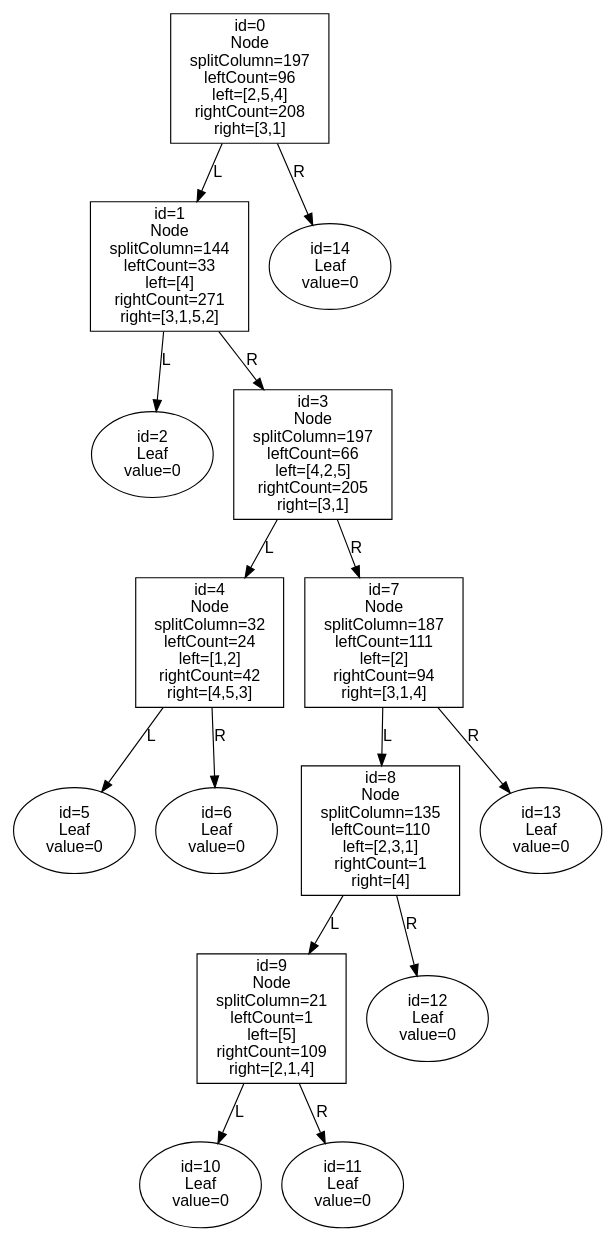
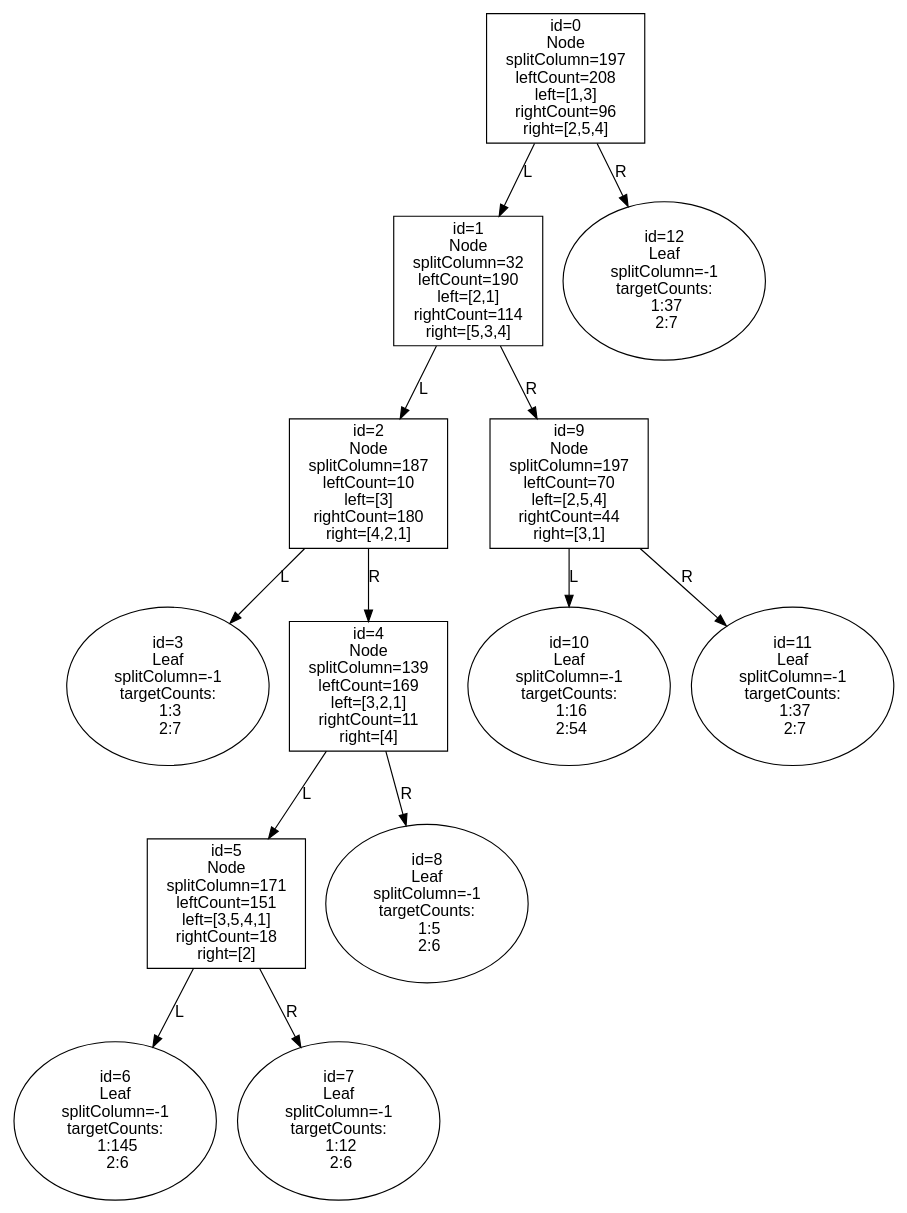
The diagram in modelbuilder_tree.dot (nathanjrussell/ModelBuilder), drawn with Graphviz before and after one commit. The commit also changed 7 other files, not shown here.

Commit message:
added leaf data for counts

```diff
--- a/modelbuilder_tree.dot
+++ b/modelbuilder_tree.dot
@@ -1,34 +1,30 @@
 digraph LeftTree {
   rankdir=TB;
   node [shape=box, fontname="Helvetica"];
   edge [fontname="Helvetica"];
-  n0 [shape=box, label="id=0\nNode\nsplitColumn=197\nleftCount=96\nleft=[2,5,4]\nrightCount=208\nright=[3,1]"];
-  n1 [shape=box, label="id=1\nNode\nsplitColumn=144\nleftCount=33\nleft=[4]\nrightCount=271\nright=[3,1,5,2]"];
-  n2 [shape=ellipse, label="id=2\nLeaf\nvalue=0"];
-  n3 [shape=box, label="id=3\nNode\nsplitColumn=197\nleftCount=66\nleft=[4,2,5]\nrightCount=205\nright=[3,1]"];
-  n4 [shape=box, label="id=4\nNode\nsplitColumn=32\nleftCount=24\nleft=[1,2]\nrightCount=42\nright=[4,5,3]"];
-  n5 [shape=ellipse, label="id=5\nLeaf\nvalue=0"];
-  n6 [shape=ellipse, label="id=6\nLeaf\nvalue=0"];
-  n7 [shape=box, label="id=7\nNode\nsplitColumn=187\nleftCount=111\nleft=[2]\nrightCount=94\nright=[3,1,4]"];
-  n8 [shape=box, label="id=8\nNode\nsplitColumn=135\nleftCount=110\nleft=[2,3,1]\nrightCount=1\nright=[4]"];
-  n9 [shape=box, label="id=9\nNode\nsplitColumn=21\nleftCount=1\nleft=[5]\nrightCount=109\nright=[2,1,4]"];
-  n10 [shape=ellipse, label="id=10\nLeaf\nvalue=0"];
-  n11 [shape=ellipse, label="id=11\nLeaf\nvalue=0"];
-  n12 [shape=ellipse, label="id=12\nLeaf\nvalue=0"];
-  n13 [shape=ellipse, label="id=13\nLeaf\nvalue=0"];
-  n14 [shape=ellipse, label="id=14\nLeaf\nvalue=0"];
+  n0 [shape=box, label="id=0\nNode\nsplitColumn=197\nleftCount=208\nleft=[1,3]\nrightCount=96\nright=[2,5,4]"];
+  n1 [shape=box, label="id=1\nNode\nsplitColumn=32\nleftCount=190\nleft=[2,1]\nrightCount=114\nright=[5,3,4]"];
+  n2 [shape=box, label="id=2\nNode\nsplitColumn=187\nleftCount=10\nleft=[3]\nrightCount=180\nright=[4,2,1]"];
+  n3 [shape=ellipse, label="id=3\nLeaf\nsplitColumn=-1\ntargetCounts:\n  1:3\n  2:7"];
+  n4 [shape=box, label="id=4\nNode\nsplitColumn=139\nleftCount=169\nleft=[3,2,1]\nrightCount=11\nright=[4]"];
+  n5 [shape=box, label="id=5\nNode\nsplitColumn=171\nleftCount=151\nleft=[3,5,4,1]\nrightCount=18\nright=[2]"];
+  n6 [shape=ellipse, label="id=6\nLeaf\nsplitColumn=-1\ntargetCounts:\n  1:145\n  2:6"];
+  n7 [shape=ellipse, label="id=7\nLeaf\nsplitColumn=-1\ntargetCounts:\n  1:12\n  2:6"];
+  n8 [shape=ellipse, label="id=8\nLeaf\nsplitColumn=-1\ntargetCounts:\n  1:5\n  2:6"];
+  n9 [shape=box, label="id=9\nNode\nsplitColumn=197\nleftCount=70\nleft=[2,5,4]\nrightCount=44\nright=[3,1]"];
+  n10 [shape=ellipse, label="id=10\nLeaf\nsplitColumn=-1\ntargetCounts:\n  1:16\n  2:54"];
+  n11 [shape=ellipse, label="id=11\nLeaf\nsplitColumn=-1\ntargetCounts:\n  1:37\n  2:7"];
+  n12 [shape=ellipse, label="id=12\nLeaf\nsplitColumn=-1\ntargetCounts:\n  1:37\n  2:7"];
   n0 -> n1 [label="L"];
-  n0 -> n14 [label="R"];
+  n0 -> n12 [label="R"];
   n1 -> n2 [label="L"];
-  n1 -> n3 [label="R"];
-  n3 -> n4 [label="L"];
-  n3 -> n7 [label="R"];
+  n1 -> n9 [label="R"];
+  n2 -> n3 [label="L"];
+  n2 -> n4 [label="R"];
   n4 -> n5 [label="L"];
-  n4 -> n6 [label="R"];
-  n7 -> n8 [label="L"];
-  n7 -> n13 [label="R"];
-  n8 -> n9 [label="L"];
-  n8 -> n12 [label="R"];
+  n4 -> n8 [label="R"];
+  n5 -> n6 [label="L"];
+  n5 -> n7 [label="R"];
   n9 -> n10 [label="L"];
   n9 -> n11 [label="R"];
 }
```
